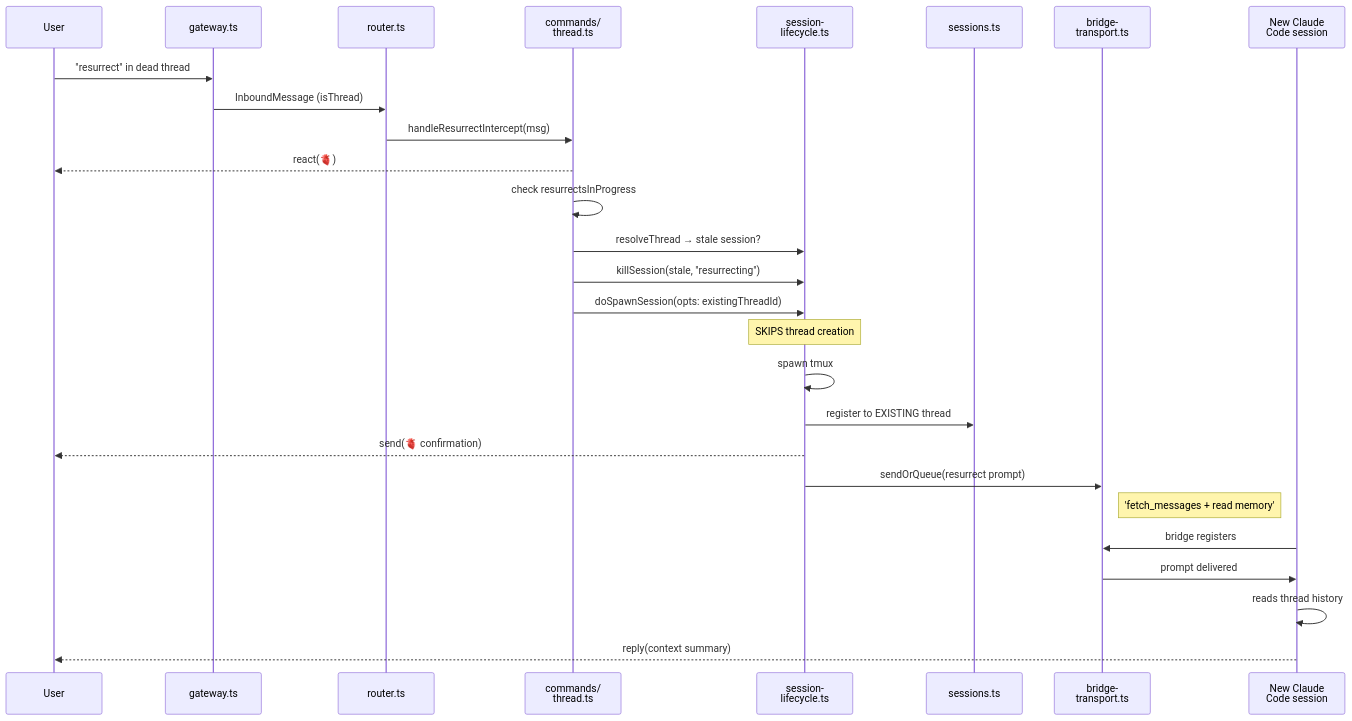
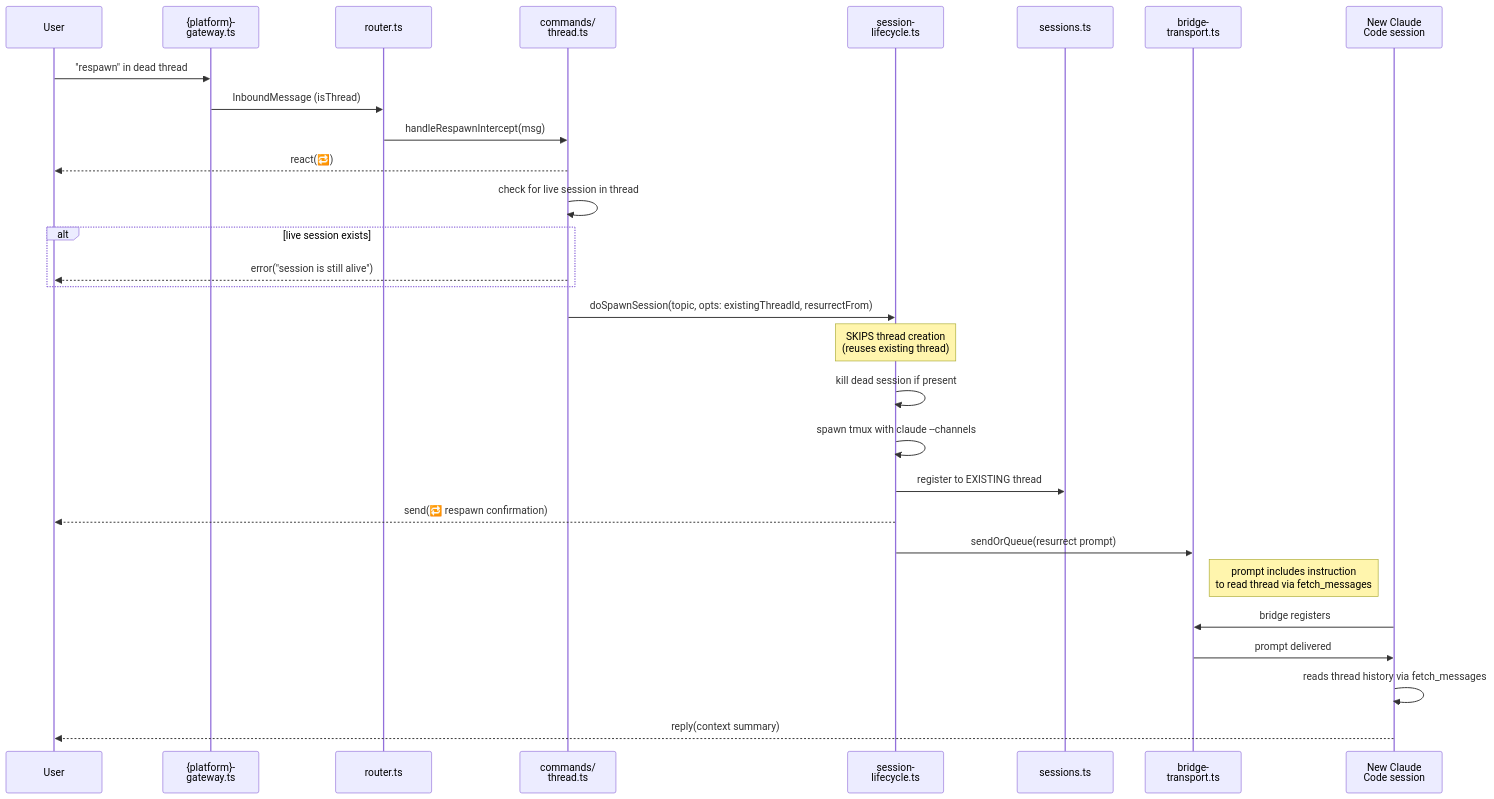
One commit to sf8193/hydra changed the diagram in diagrams/flow-resurrect.mmd. Above: the diagram before and after it, drawn with Mermaid. The commit also changed 8 other files, not shown here.

First line of the commit message:
feat: diagram audit, README, CLAUDE.md mention

```diff
--- a/diagrams/flow-resurrect.mmd
+++ b/diagrams/flow-resurrect.mmd
@@ -1,31 +1,34 @@
-%% resurrect 🫀 — Flow Through Layers
+%% respawn 🔁 — Flow Through Layers
 %% Recovers a dead thread by spawning fresh into the SAME thread and reading history.
+%% (Previously called "resurrect" — the user-facing command is "respawn".)
 
 sequenceDiagram
     participant User
-    participant gateway as gateway.ts
+    participant gw as {platform}-<br/>gateway.ts
     participant router as router.ts
     participant thread as commands/<br/>thread.ts
     participant lifecycle as session-<br/>lifecycle.ts
     participant sessions as sessions.ts
     participant transport as bridge-<br/>transport.ts
     participant cc as New Claude<br/>Code session
 
-    User->>gateway: "resurrect" in dead thread
-    gateway->>router: InboundMessage (isThread)
-    router->>thread: handleResurrectIntercept(msg)
-    thread-->>User: react(🫀)
-    thread->>thread: check resurrectsInProgress
-    thread->>lifecycle: resolveThread → stale session?
-    thread->>lifecycle: killSession(stale, "resurrecting")
-    thread->>lifecycle: doSpawnSession(opts: existingThreadId)
-    Note over lifecycle: SKIPS thread creation
-    lifecycle->>lifecycle: spawn tmux
+    User->>gw: "respawn" in dead thread
+    gw->>router: InboundMessage (isThread)
+    router->>thread: handleRespawnIntercept(msg)
+    thread-->>User: react(🔁)
+    thread->>thread: check for live session in thread
+    alt live session exists
+        thread-->>User: error("session is still alive")
+    end
+    thread->>lifecycle: doSpawnSession(topic, opts: existingThreadId, resurrectFrom)
+    Note over lifecycle: SKIPS thread creation<br/>(reuses existing thread)
+    lifecycle->>lifecycle: kill dead session if present
+    lifecycle->>lifecycle: spawn tmux with claude --channels
     lifecycle->>sessions: register to EXISTING thread
-    lifecycle-->>User: send(🫀 confirmation)
+    lifecycle-->>User: send(🔁 respawn confirmation)
     lifecycle->>transport: sendOrQueue(resurrect prompt)
-    Note right of transport: 'fetch_messages + read memory'
+    Note right of transport: prompt includes instruction<br/>to read thread via fetch_messages
     cc->>transport: bridge registers
     transport->>cc: prompt delivered
-    cc->>cc: reads thread history
+    cc->>cc: reads thread history via fetch_messages
     cc-->>User: reply(context summary)
```
